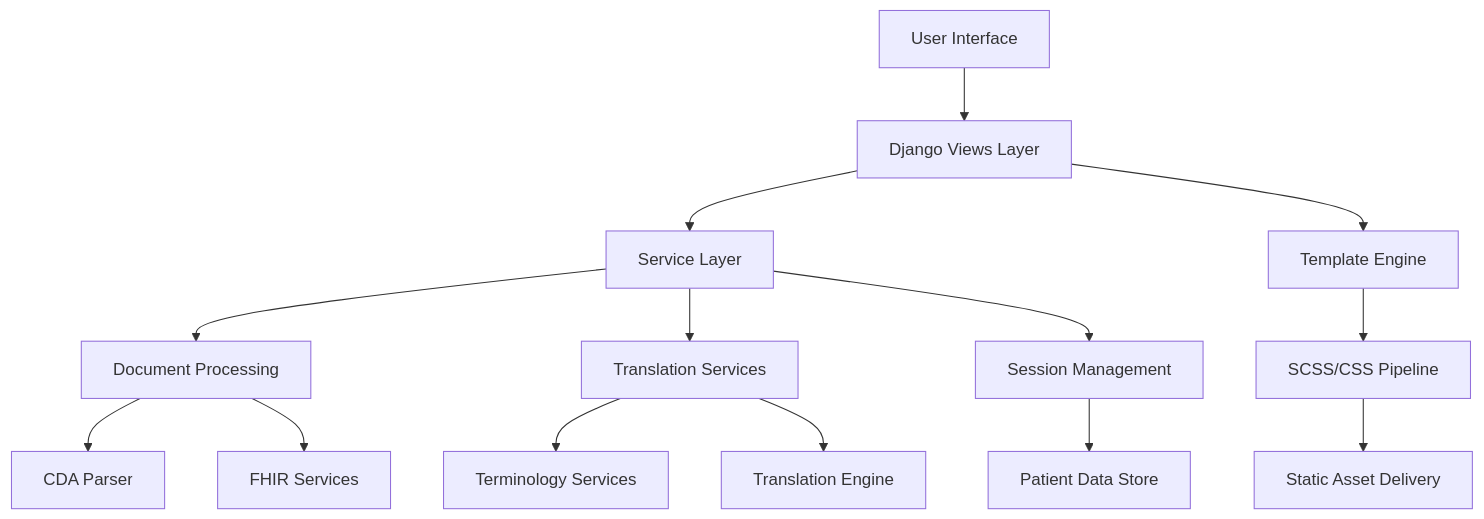
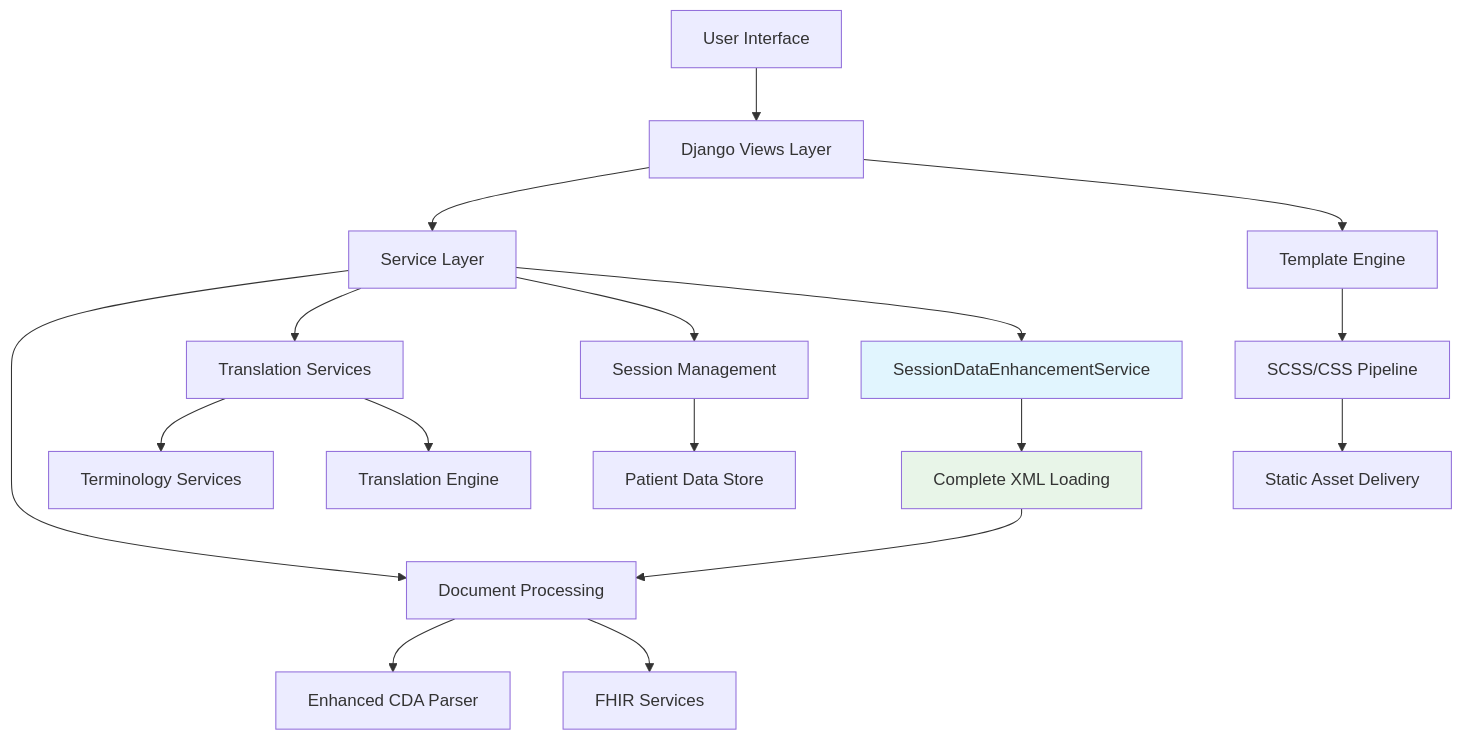
One commit to ddeveloper72/Django_NCP changed the first of 5 diagrams in .github/technical-architecture-and-information-flow.md. Above: the diagram before and after it, drawn with Mermaid. The commit also changed other lines of this file and 2 other files, not shown here.

First line of the commit message:
docs: update core documentation with SessionDataEnhancementService architecture

````diff
--- a/.github/technical-architecture-and-information-flow.md
+++ b/.github/technical-architecture-and-information-flow.md
@@ -11,16 +11,22 @@
 ```mermaid
 graph TD
     A[User Interface] --> B[Django Views Layer]
     B --> C[Service Layer]
     C --> D[Document Processing]
     C --> E[Translation Services]
     C --> F[Session Management]
-    D --> G[CDA Parser]
+    C --> SE[SessionDataEnhancementService]
+    SE --> XML[Complete XML Loading]
+    XML --> D
+    D --> G[Enhanced CDA Parser]
     D --> H[FHIR Services]
     E --> I[Terminology Services]
     E --> J[Translation Engine]
     F --> K[Patient Data Store]
     B --> L[Template Engine]
     L --> M[SCSS/CSS Pipeline]
     M --> N[Static Asset Delivery]
+    
+    style SE fill:#e1f5fe
+    style XML fill:#e8f5e8
 ```
````
